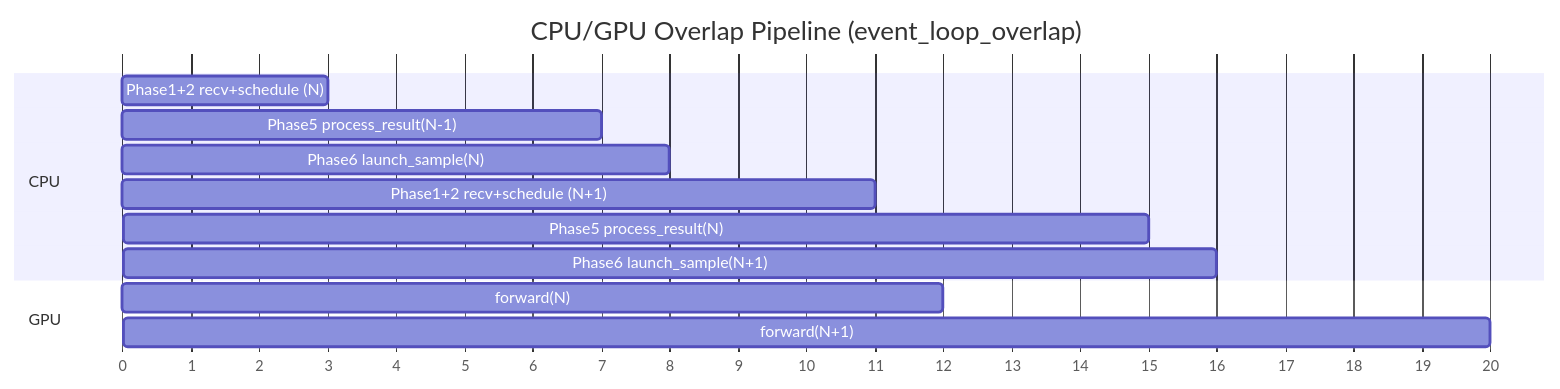
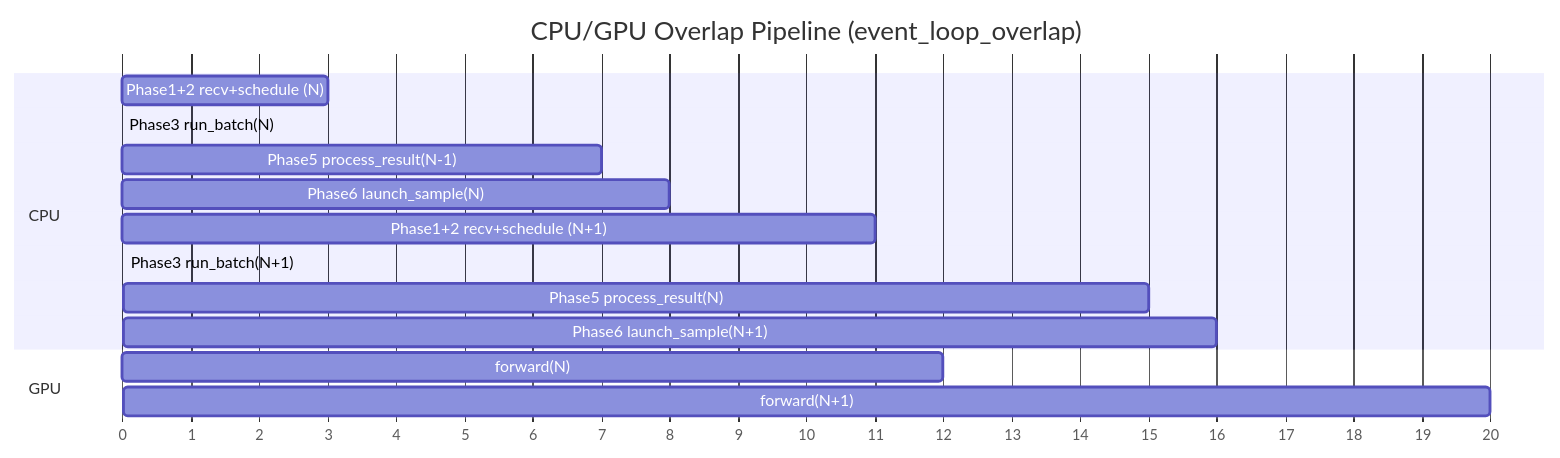
One commit to wesleyck/AIInfraNotes changed the third of 5 diagrams in SGLang/01-architecture.md. Above: the diagram before and after it, drawn with Mermaid. The commit also changed other lines of this file and 26 other files, not shown here.

````diff
--- a/SGLang/01-architecture.md
+++ b/SGLang/01-architecture.md
@@ -191,18 +191,20 @@
 ```mermaid
 gantt
     title CPU/GPU Overlap Pipeline (event_loop_overlap)
     dateFormat X
     axisFormat %s
 
     section CPU
     Phase1+2 recv+schedule (N)       :a1, 0, 3
+    Phase3 run_batch(N)              :a2, 3, 3.5
     Phase5 process_result(N-1)       :a3, 4, 7
     Phase6 launch_sample(N)          :a4, 7, 8
     Phase1+2 recv+schedule (N+1)     :a5, 8, 11
+    Phase3 run_batch(N+1)            :a6, 11, 11.5
     Phase5 process_result(N)         :a7, 12, 15
     Phase6 launch_sample(N+1)        :a8, 15, 16
 
     section GPU
     forward(N)                       :b1, 3, 12
     forward(N+1)                     :b2, 11, 20
 ```
````
